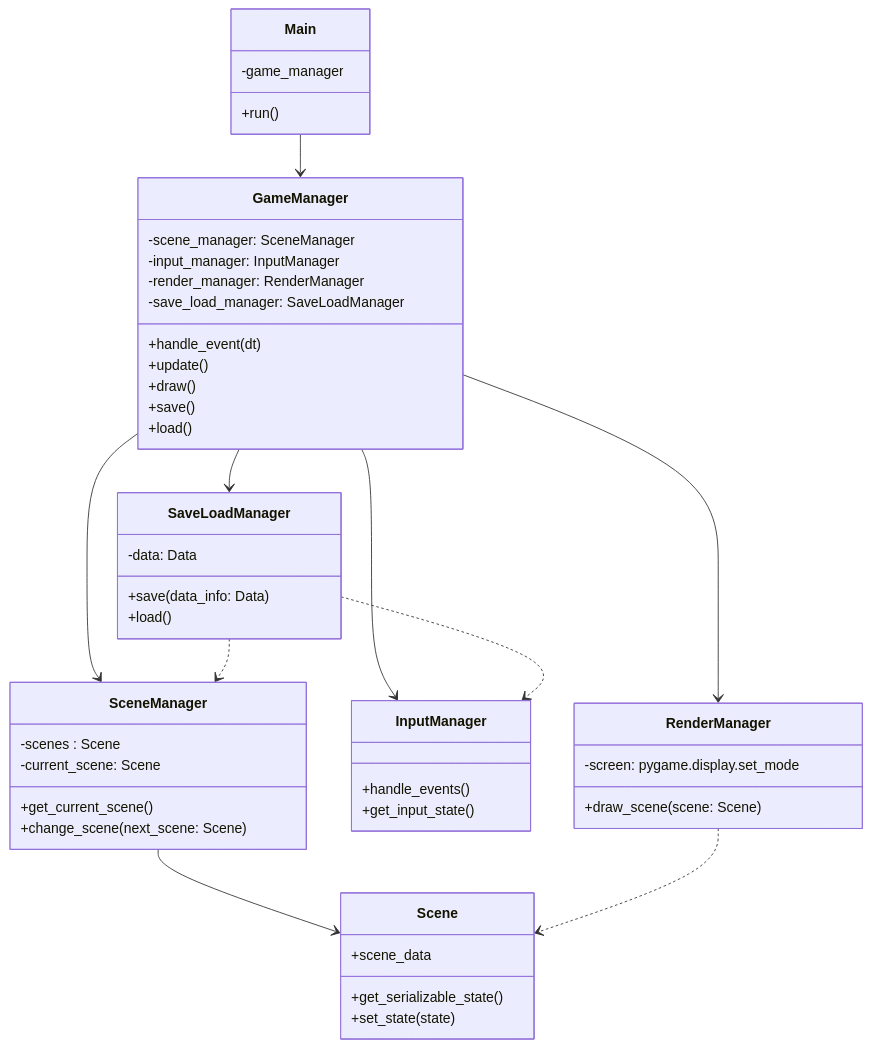
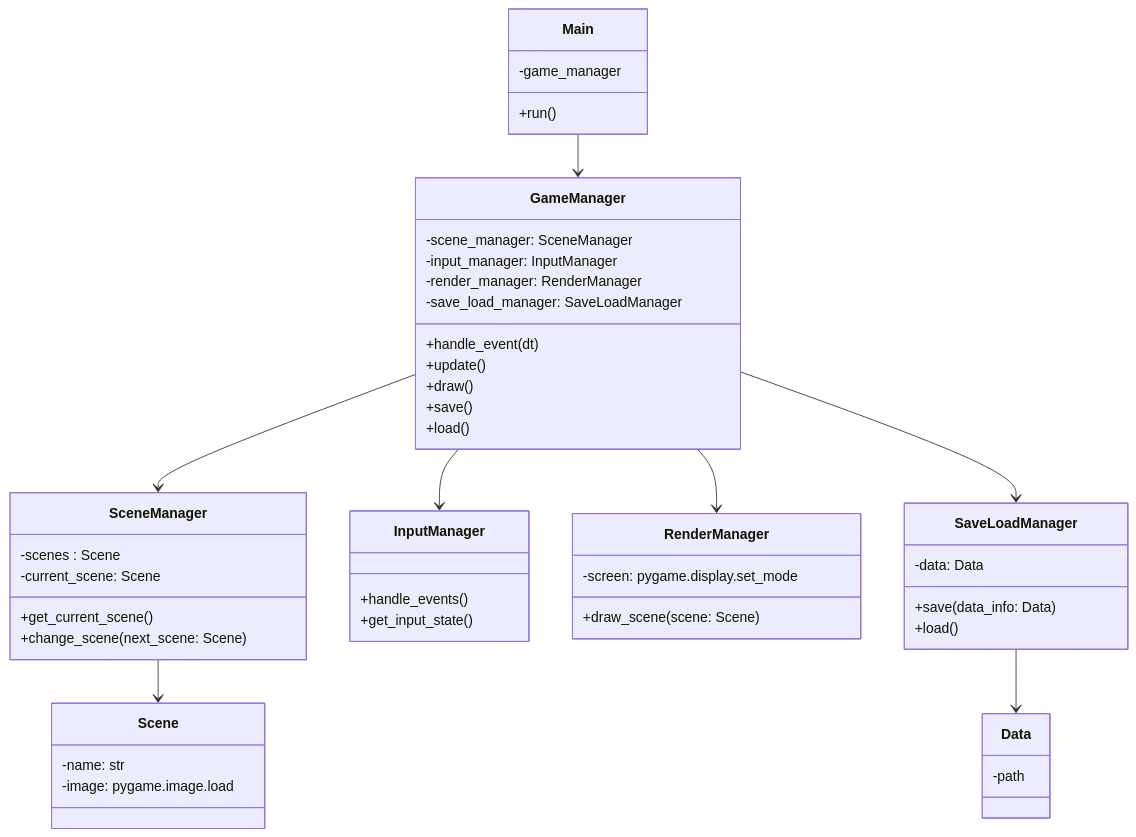
One commit to ymd20060720/my_project1 changed the diagram in other/game-architecture-diagram.mermaid. Above: the diagram before and after it, drawn with Mermaid.

Commit message:
class idea2

```diff
--- a/other/game-architecture-diagram.mermaid
+++ b/other/game-architecture-diagram.mermaid
@@ -1,49 +1,49 @@
 classDiagram
     class Main {
         -game_manager
         +run()
     }
     class GameManager {
         -scene_manager: SceneManager
         -input_manager: InputManager
         -render_manager: RenderManager
         -save_load_manager: SaveLoadManager
         +handle_event(dt)
         +update()
         +draw()
         +save()
         +load()
     }
     class SceneManager {
         -scenes : Scene
         -current_scene: Scene
         +get_current_scene()
         +change_scene(next_scene: Scene)
     }
     class InputManager {
         +handle_events()
         +get_input_state()
     }
     class RenderManager {
         -screen: pygame.display.set_mode
         +draw_scene(scene: Scene)
     }
     class SaveLoadManager {
         -data: Data
         +save(data_info: Data)
         +load()
     }
     class Scene {
-        +scene_data
-        +get_serializable_state()
-        +set_state(state)
+        -name: str
+        -image: pygame.image.load
+    }
+    class Data{
+        -path
     }
     Main --> GameManager
     GameManager --> SceneManager
     GameManager --> InputManager
     GameManager --> RenderManager
     GameManager --> SaveLoadManager
     SceneManager --> Scene
-    RenderManager ..> Scene
-    SaveLoadManager ..> SceneManager
-    SaveLoadManager ..> InputManager
+    SaveLoadManager --> Data
```
